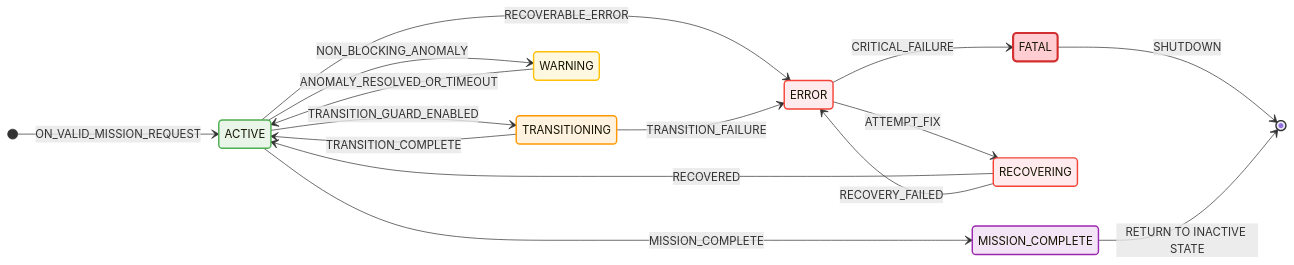
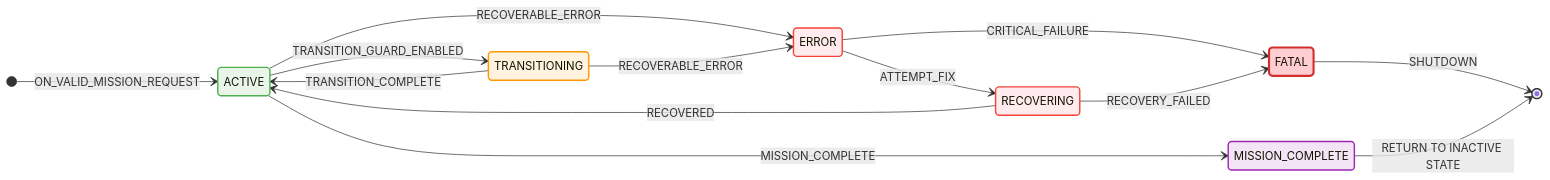
The diagram in automaton/automaton/_internal/status_manager/README.md (rymc-dev/hybraut_nav), drawn with Mermaid before and after one commit. The commit also changed other lines of this file and 6 other files, not shown here.

````diff
--- a/automaton/automaton/_internal/status_manager/README.md
+++ b/automaton/automaton/_internal/status_manager/README.md
@@ -88,54 +92,50 @@
 ```mermaid
 %% Sub-DSF for internal automaton during ACTIVE mode of the top-level DSF.
 %% This DSF functions as a watchdog, continuously monitoring and managing
 %% asynchronous operations such as:
 %% - transition evaluation
 %% - dynamics evaluation
 %% - invariant enforcement
 %% and other critical processes within the automaton's execution context.
 
 stateDiagram-v2
     direction LR
 
     %% Entry point
     [*] --> ACTIVE: ON_VALID_MISSION_REQUEST
 
     %% Main operational flow (horizontal)
     ACTIVE --> TRANSITIONING: TRANSITION_GUARD_ENABLED
     TRANSITIONING --> ACTIVE: TRANSITION_COMPLETE
     ACTIVE --> MISSION_COMPLETE: MISSION_COMPLETE
 
-    %% Error handling branch (below main flow)
+    %% Error handling (shared async error trigger)
     ACTIVE --> ERROR: RECOVERABLE_ERROR
-    TRANSITIONING --> ERROR: TRANSITION_FAILURE
+    TRANSITIONING --> ERROR: RECOVERABLE_ERROR
     ERROR --> RECOVERING: ATTEMPT_FIX
     ERROR --> FATAL: CRITICAL_FAILURE
     RECOVERING --> ACTIVE: RECOVERED
-    RECOVERING --> ERROR: RECOVERY_FAILED
-
-    %% Warning handling branch (above main flow)
-    ACTIVE --> WARNING: NON_BLOCKING_ANOMALY
-    WARNING --> ACTIVE: ANOMALY_RESOLVED_OR_TIMEOUT
+    RECOVERING --> FATAL: RECOVERY_FAILED
 
     %% Terminal state
     FATAL --> [*]: SHUTDOWN
     MISSION_COMPLETE --> [*]: RETURN TO INACTIVE STATE
 
-    %% State styling for better visualization
+    %% State styling
     classDef inactiveState fill:#e1f5fe,stroke:#0288d1,stroke-width:2px
     classDef activeState fill:#e8f5e8,stroke:#4caf50,stroke-width:2px
     classDef transitionState fill:#fff3e0,stroke:#ff9800,stroke-width:2px
     classDef warningState fill:#fff8e1,stroke:#ffc107,stroke-width:2px
     classDef errorState fill:#ffebee,stroke:#f44336,stroke-width:2px
     classDef fatalState fill:#ffcdd2,stroke:#d32f2f,stroke-width:3px
     classDef completeState fill:#f3e5f5,stroke:#9c27b0,stroke-width:2px
 
     class INACTIVE inactiveState
     class ACTIVE activeState
     class TRANSITIONING transitionState
-    class WARNING warningState
     class ERROR errorState
     class RECOVERING errorState
     class FATAL fatalState
     class MISSION_COMPLETE completeState
+
 ```
````
